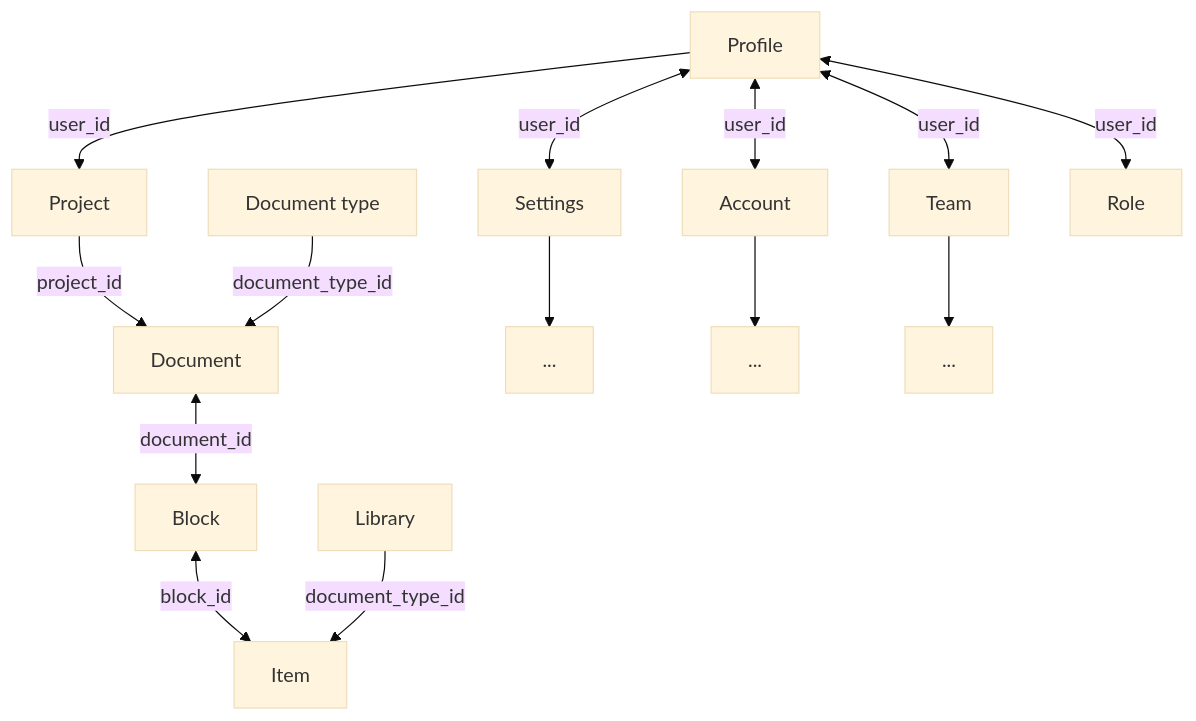
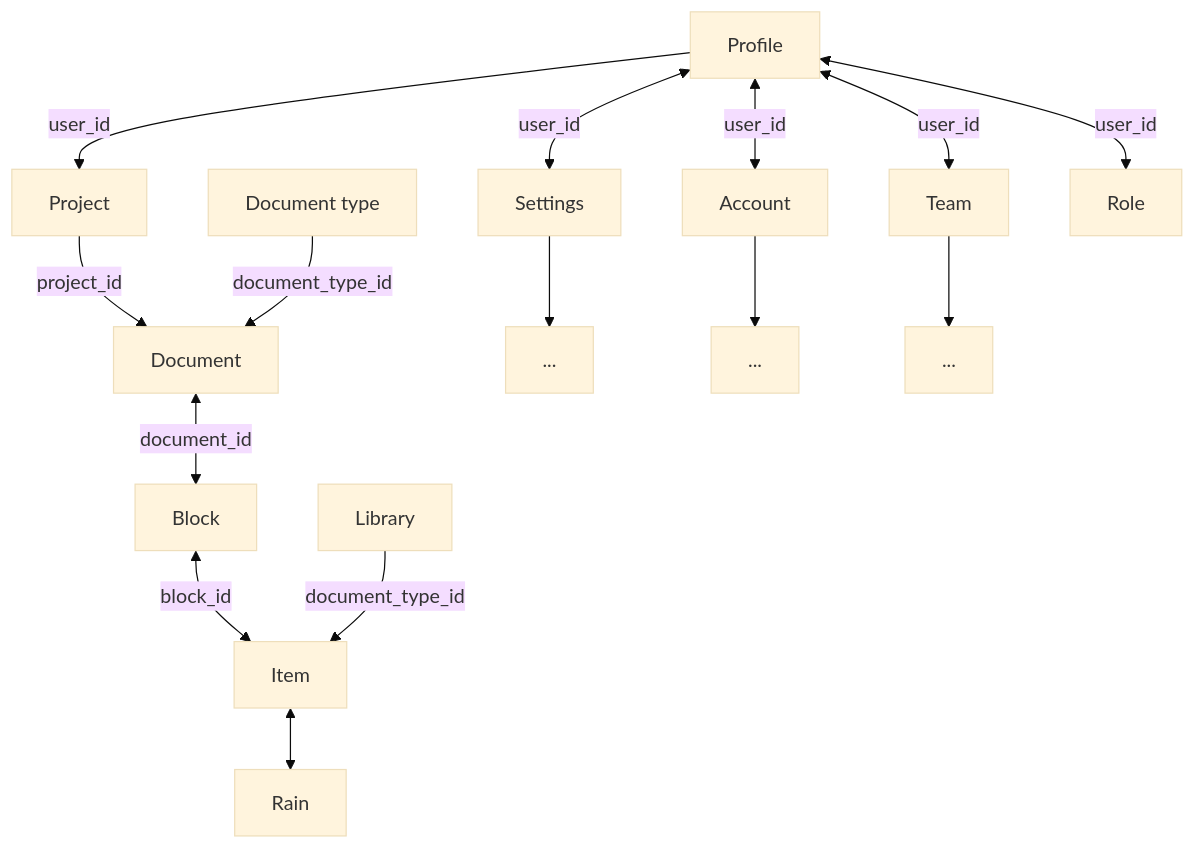
The diagram in draft.md (entools/tools.interface), drawn with Mermaid (base theme) before and after one commit.

````diff
--- a/draft.md
+++ b/draft.md
@@ -1,18 +1,19 @@
 ```mermaid
 flowchart
 USER-PROFILE[Profile] --> |user_id| USER-PROJECT[Project]
 USER-PROJECT --> |project_id| DOCUMENT[Document]
 DOCUMENT <--> |document_id| BLOCK[Block]
 BLOCK[Block] <--> |block_id| ITEM[Item]
+ITEM <--> RAIN-RUNOFF[Rain]
 LIBRARY[Library] --> |document_type_id| ITEM[Item]
 DOCUMENT-TYPE[Document type] --> |document_type_id| DOCUMENT
 
 USER-PROFILE[Profile] <--> |user_id| USER-SETTINGS[Settings]
 USER-PROFILE[Profile] <--> |user_id| USER-ACCOUNT[Account]
 USER-PROFILE[Profile] <--> |user_id| USER-TEAM[Team]
 USER-PROFILE[Profile] <--> |user_id| USER-ROLE[Role]
 
 USER-SETTINGS --> SETTINGS-DETAILS[...]
 USER-ACCOUNT --> ACCOUNT-DETAILS[...]
 USER-TEAM --> TEAM-DETAILS[...]
 ```
````
